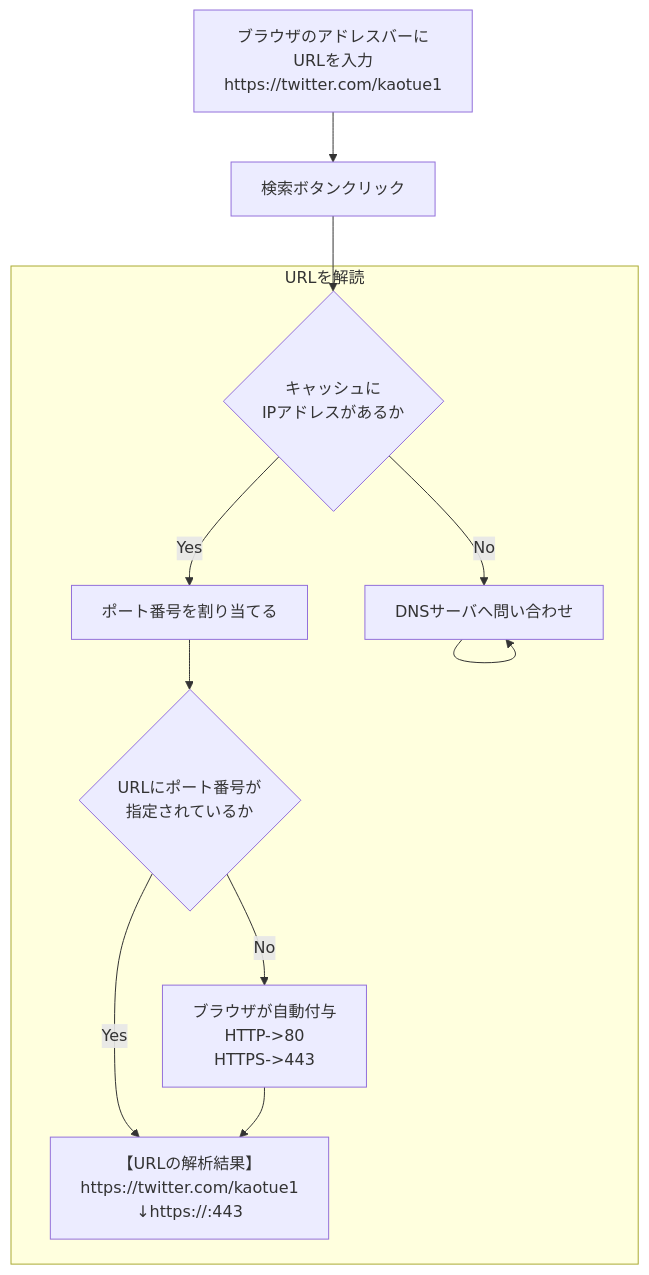
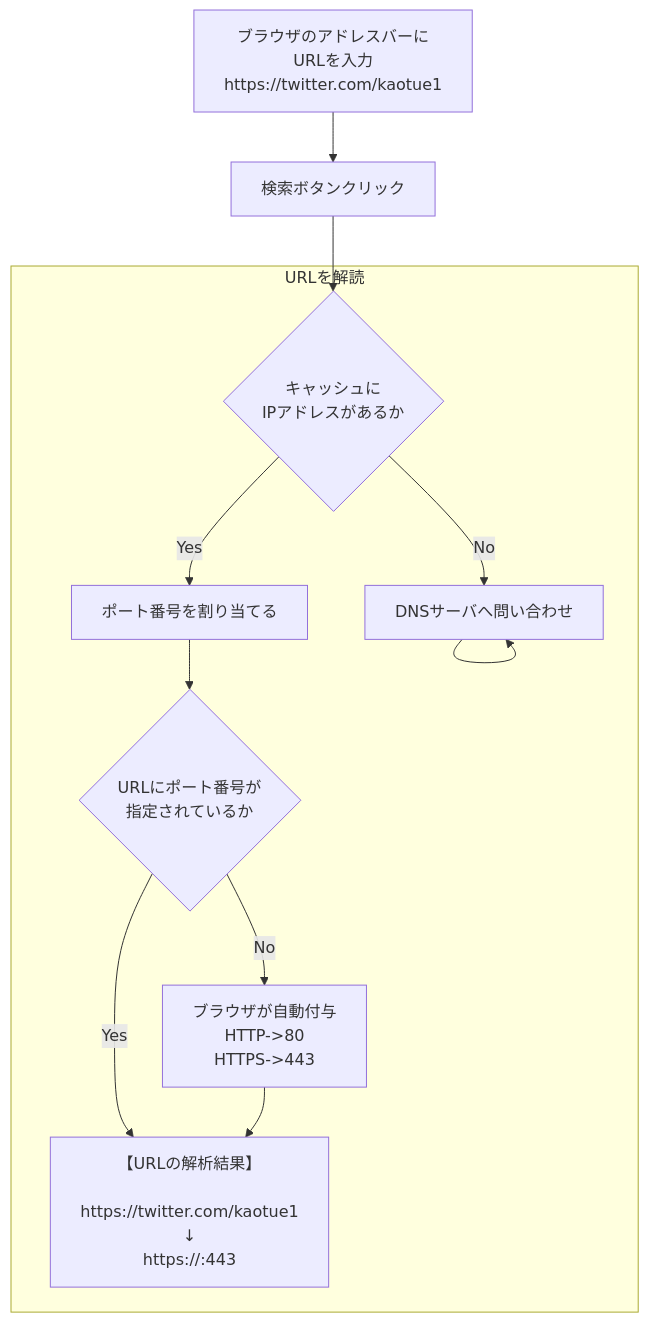
The diagram in doc/internet.md (kaotue3340/memo), drawn with Mermaid before and after one commit.

````diff
--- a/doc/internet.md
+++ b/doc/internet.md
@@ -11,13 +11,13 @@
 ```mermaid
 flowchart TD
   A1["ブラウザのアドレスバーにURLを入力\nhttps://twitter.com/kaotue1"]-->
   A2["検索ボタンクリック"]-->B1
 　subgraph URLを解読
   B1{"キャッシュに\nIPアドレスがあるか"} --> |Yes| B2[OK]
   B1 --> |No| B9[DNSサーバへ問い合わせ] --> B9
   B2["ポート番号を割り当てる"] -->
   B3{"URLにポート番号が\n指定されているか"} --> |Yes| B4
   B3 --> |No| B99["ブラウザが自動付与\nHTTP->80\nHTTPS->443"] --> B4
-  B4["【URLの解析結果】https://twitter.com/kaotue1\n↓https://:443"]
+  B4["【URLの解析結果】\n\nhttps://twitter.com/kaotue1\n↓\nhttps://:443"]
   end
 ```
````
